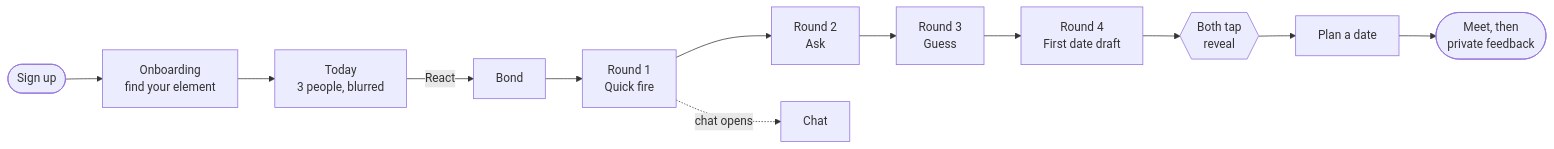
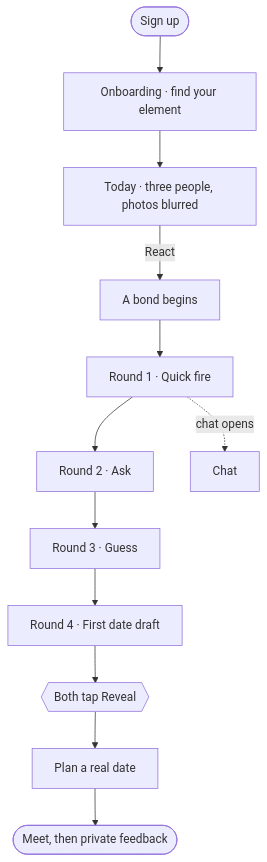
One commit to preeeetham/covalent changed the diagram in README.md. Above: the diagram before and after it, drawn with Mermaid. The commit also changed other lines of this file and 10 other files, not shown here.

Commit message:
README: drop screenshots, vertical journey diagram

````diff
--- a/README.md
+++ b/README.md
@@ -38,14 +31,14 @@
 ```mermaid
-flowchart LR
-    A([Sign up]) --> B[Onboarding<br/>find your element]
-    B --> C[Today<br/>3 people, blurred]
-    C -->|React| D[Bond]
-    D --> E[Round 1<br/>Quick fire]
-    E --> F[Round 2<br/>Ask]
-    F --> G[Round 3<br/>Guess]
-    G --> H[Round 4<br/>First date draft]
-    H --> I{{Both tap<br/>reveal}}
-    I --> J[Plan a date]
-    J --> K([Meet, then<br/>private feedback])
+flowchart TD
+    A([Sign up]) --> B[Onboarding · find your element]
+    B --> C[Today · three people, photos blurred]
+    C -->|React| D[A bond begins]
+    D --> E[Round 1 · Quick fire]
+    E --> F[Round 2 · Ask]
+    F --> G[Round 3 · Guess]
+    G --> H[Round 4 · First date draft]
+    H --> I{{Both tap Reveal}}
+    I --> J[Plan a real date]
+    J --> K([Meet, then private feedback])
     E -.->|chat opens| L[Chat]
 ```
````
